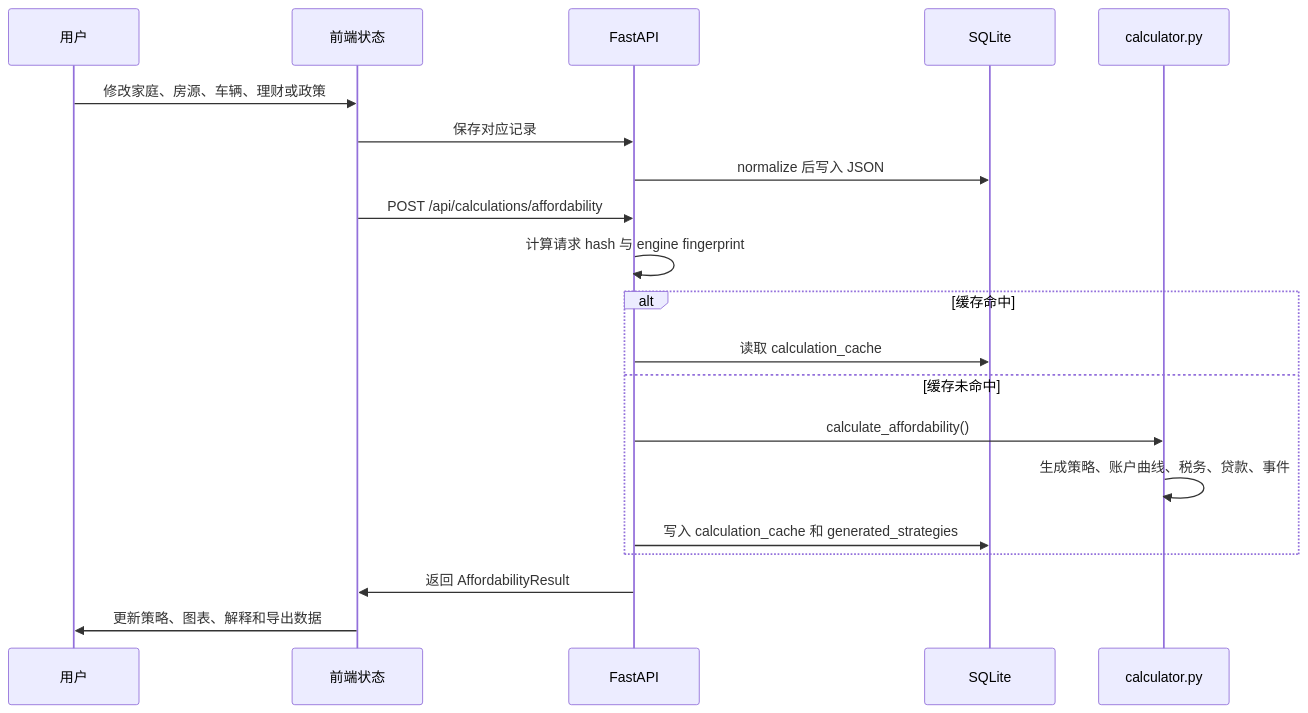
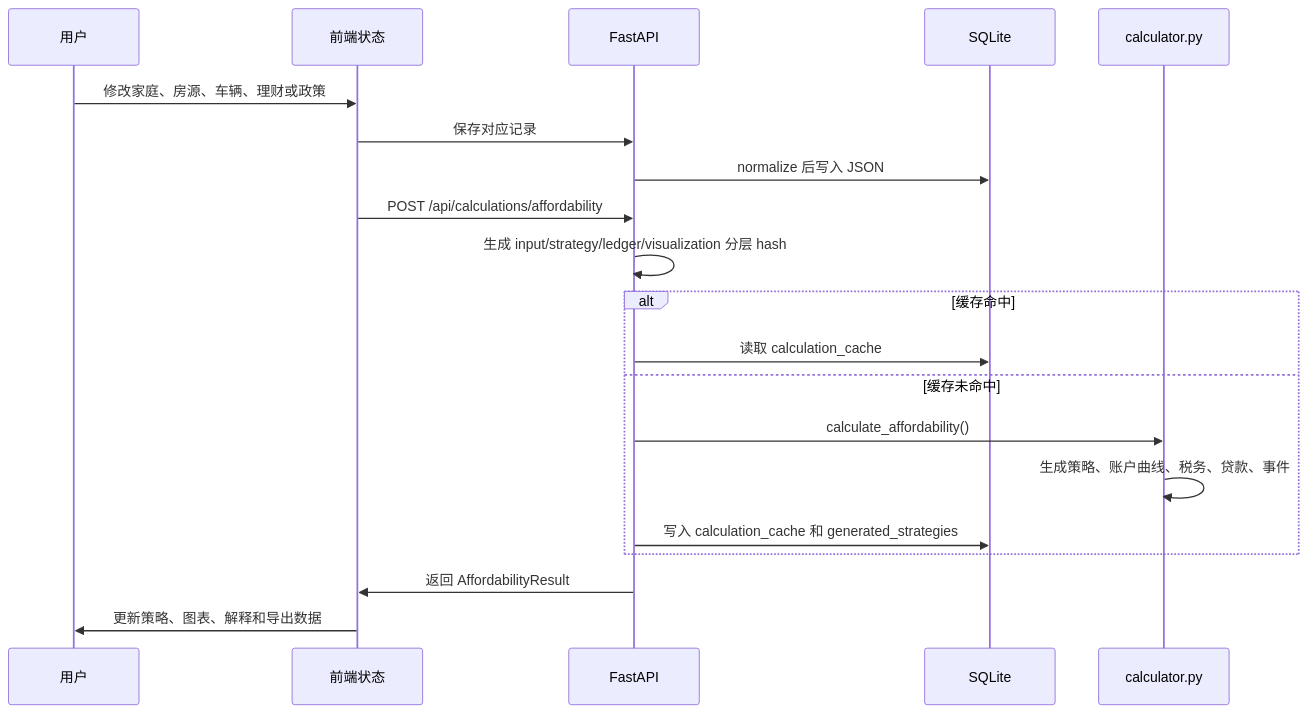
The second of 2 diagrams in docs/architecture.md (CrystalWlz/bj_planner), drawn with Mermaid before and after one commit. The commit also changed other lines of this file and 56 other files, not shown here.

````diff
--- a/docs/architecture.md
+++ b/docs/architecture.md
@@ -167,23 +249,23 @@
 ```mermaid
 sequenceDiagram
   participant User as 用户
   participant FE as 前端状态
   participant API as FastAPI
   participant DB as SQLite
   participant Calc as calculator.py
 
   User->>FE: 修改家庭、房源、车辆、理财或政策
   FE->>API: 保存对应记录
   API->>DB: normalize 后写入 JSON
   FE->>API: POST /api/calculations/affordability
-  API->>API: 计算请求 hash 与 engine fingerprint
+  API->>API: 生成 input/strategy/ledger/visualization 分层 hash
   alt 缓存命中
     API->>DB: 读取 calculation_cache
   else 缓存未命中
     API->>Calc: calculate_affordability()
     Calc->>Calc: 生成策略、账户曲线、税务、贷款、事件
     API->>DB: 写入 calculation_cache 和 generated_strategies
   end
   API->>FE: 返回 AffordabilityResult
   FE->>User: 更新策略、图表、解释和导出数据
 ```
````
